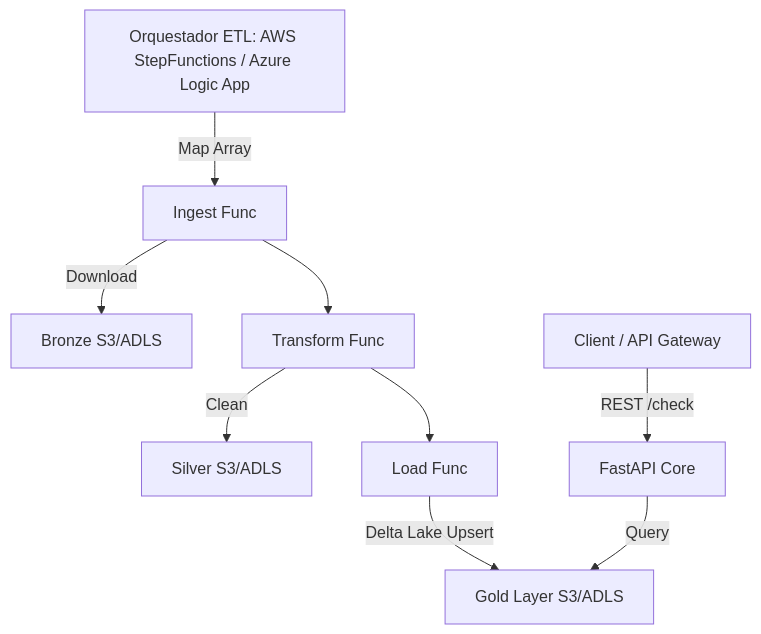
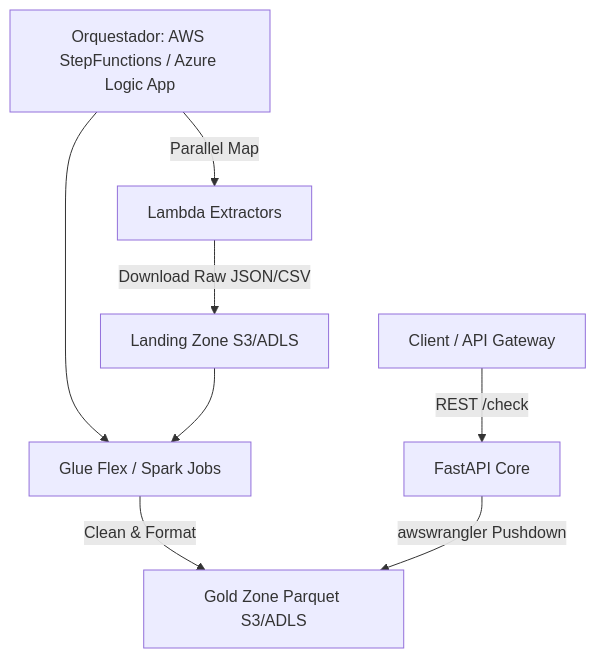
Before and after one commit to reines-dev/azure-compliance-delta-lake: the diagram in README.md, drawn with Mermaid. The commit also changed other lines of this file and 42 other files, not shown here.

````diff
--- a/README.md
+++ b/README.md
@@ -18,12 +18,11 @@
 ```mermaid
 graph TD
-    Trigger[Orquestador ETL: AWS StepFunctions / Azure Logic App] -->|Map Array| Ingest[Ingest Func]
-    Ingest -->|Download| Bronce[Bronze S3/ADLS]
-    Ingest --> Transform[Transform Func]
-    Transform -->|Clean| Silver[Silver S3/ADLS]
-    Transform --> Load[Load Func]
-    Load -->|Delta Lake Upsert| Gold[Gold Layer S3/ADLS]
+    Trigger[Orquestador: AWS StepFunctions / Azure Logic App] -->|Parallel Map| Ingest[Lambda Extractors]
+    Ingest -->|Download Raw JSON/CSV| Bronce[Landing Zone S3/ADLS]
+    Trigger --> Transform[Glue Flex / Spark Jobs]
+    Bronce --> Transform
+    Transform -->|Clean & Format| Gold[Gold Zone Parquet S3/ADLS]
     
     API[Client / API Gateway] -->|REST /check| FastAPI[FastAPI Core]
-    FastAPI -->|Query| Gold
+    FastAPI -->|awswrangler Pushdown| Gold
 ```
````
